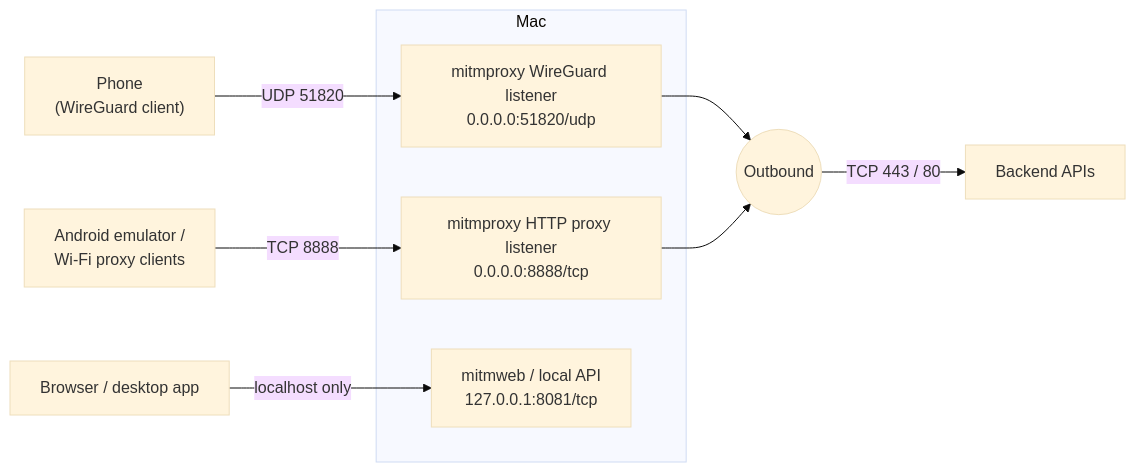
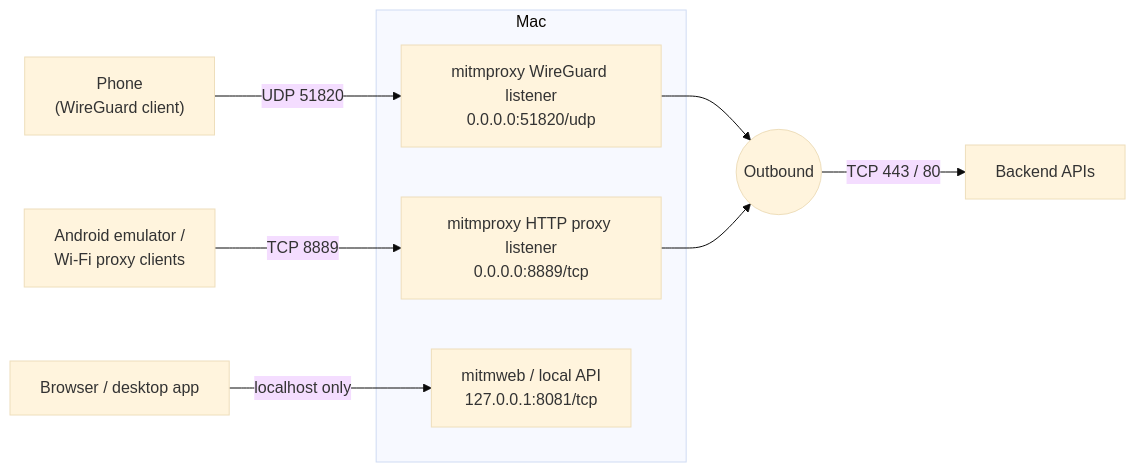
Diagram 11 of 14 in docs/diagrams.md (chienng/wiretrace), drawn with Mermaid (base theme) before and after one commit. The commit also changed other lines of this file and 79 other files, not shown here.

````diff
--- a/docs/diagrams.md
+++ b/docs/diagrams.md
@@ -431,16 +431,16 @@
 ```mermaid
 flowchart LR
     Phone["Phone<br/>(WireGuard client)"] -- "UDP 51820" --> WGP
-    Emu["Android emulator /<br/>Wi-Fi proxy clients"] -- "TCP 8888" --> HP
+    Emu["Android emulator /<br/>Wi-Fi proxy clients"] -- "TCP 8889" --> HP
 
     subgraph Mac["Mac"]
         WGP["mitmproxy WireGuard listener<br/>0.0.0.0:51820/udp"]
-        HP["mitmproxy HTTP proxy listener<br/>0.0.0.0:8888/tcp"]
+        HP["mitmproxy HTTP proxy listener<br/>0.0.0.0:8889/tcp"]
         WEB["mitmweb / local API<br/>127.0.0.1:8081/tcp"]
     end
 
     WGP --> OUT(("Outbound"))
     HP --> OUT
     OUT -- "TCP 443 / 80" --> BE["Backend APIs"]
     UIc["Browser / desktop app"] -- "localhost only" --> WEB
 ```
````
